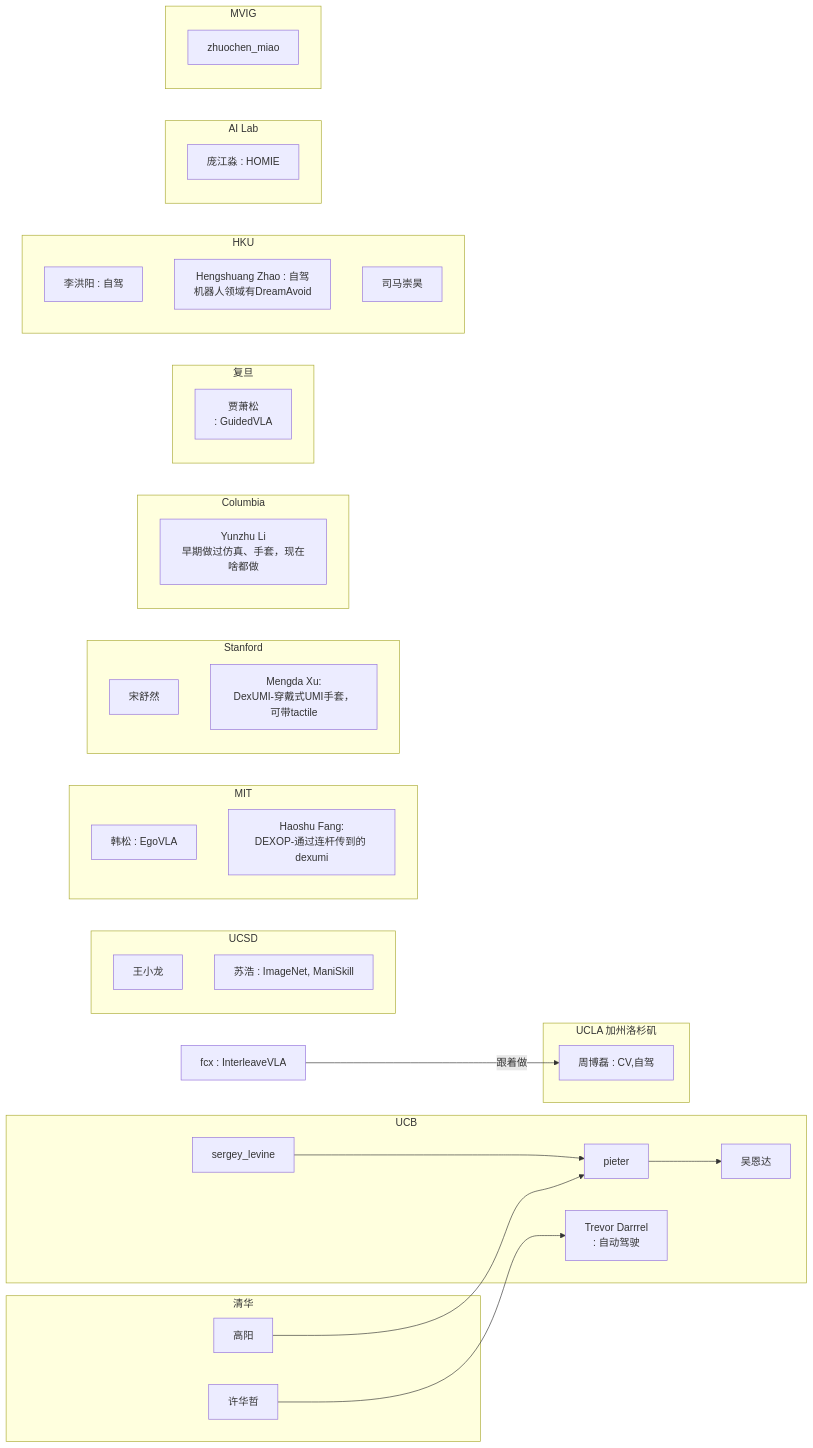
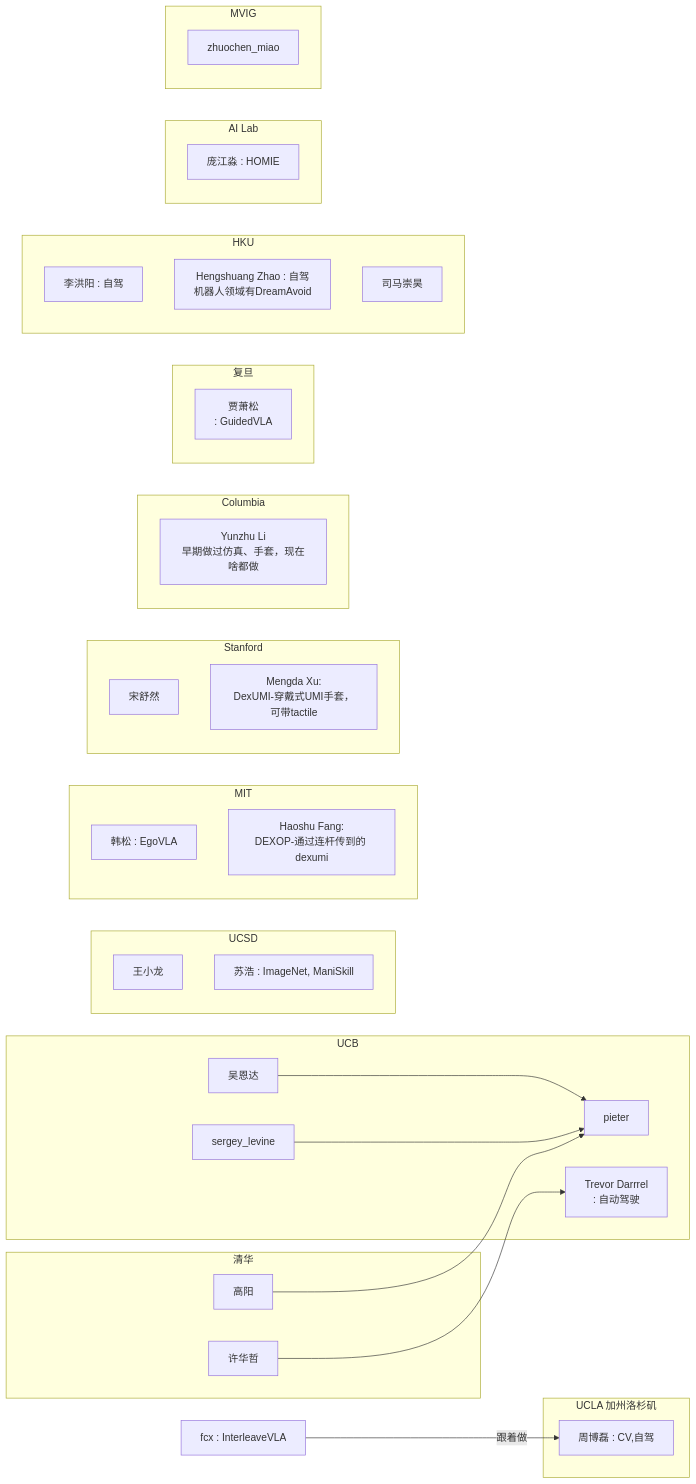
Before and after one commit to julyfun/how-to: the first of 2 diagrams in peoples.md, drawn with Mermaid. The commit also changed other lines of this file, not shown here.

Commit message:
M peoples.md

````diff
--- a/peoples.md
+++ b/peoples.md
@@ -11,55 +11,55 @@
 ```mermaid
 flowchart LR
     subgraph UCB
-        pieter --> wuenda[吴恩达]
+        wuenda[吴恩达] --> pieter
         sergey_levine --> pieter
         trevor_darrrel[Trevor Darrrel<br> : 自动驾驶]
     end
 
     subgraph 清华
         yang_gao[高阳] --> pieter
         huazhe[许华哲] --> trevor_darrrel
     end
 
     subgraph UCSD
         xiaolong_wang[王小龙]
         hao_su[苏浩 : ImageNet, ManiSkill]
     end
 
     subgraph MIT
         song_han[韩松 : EgoVLA]
         haoshu_fang[Haoshu Fang:<br>DEXOP-通过连杆传到的 dexumi]
     end
 
     subgraph Stanford
         shurang_song[宋舒然]
         mengda_xu[Mengda Xu:<br>DexUMI-穿戴式UMI手套，可带tactile]
     end
 
     subgraph Columbia
         yunzhu_li[Yunzhu Li<br>早期做过仿真、手套，现在啥都做]
     end
 
     fcx[fcx : InterleaveVLA] -->|"跟着做"| bolei_zhou
     subgraph UCLA 加州洛杉矶
         bolei_zhou[周博磊 : CV,自驾]
     end
 
     subgraph 复旦
         xiaosong_jia[贾萧松<br>: GuidedVLA]
     end
 
     subgraph HKU
         hongyang_li[李洪阳 : 自驾]
         hengshuang_zhao[Hengshuang Zhao : 自驾 <br> 机器人领域有DreamAvoid]
         chonghao[司马崇昊]
     end
 
     subgraph AI Lab
         jiangmiao_pang[庞江淼 : HOMIE]
     end
 
     subgraph MVIG
         zhuochen_miao
     end
 ```
````
